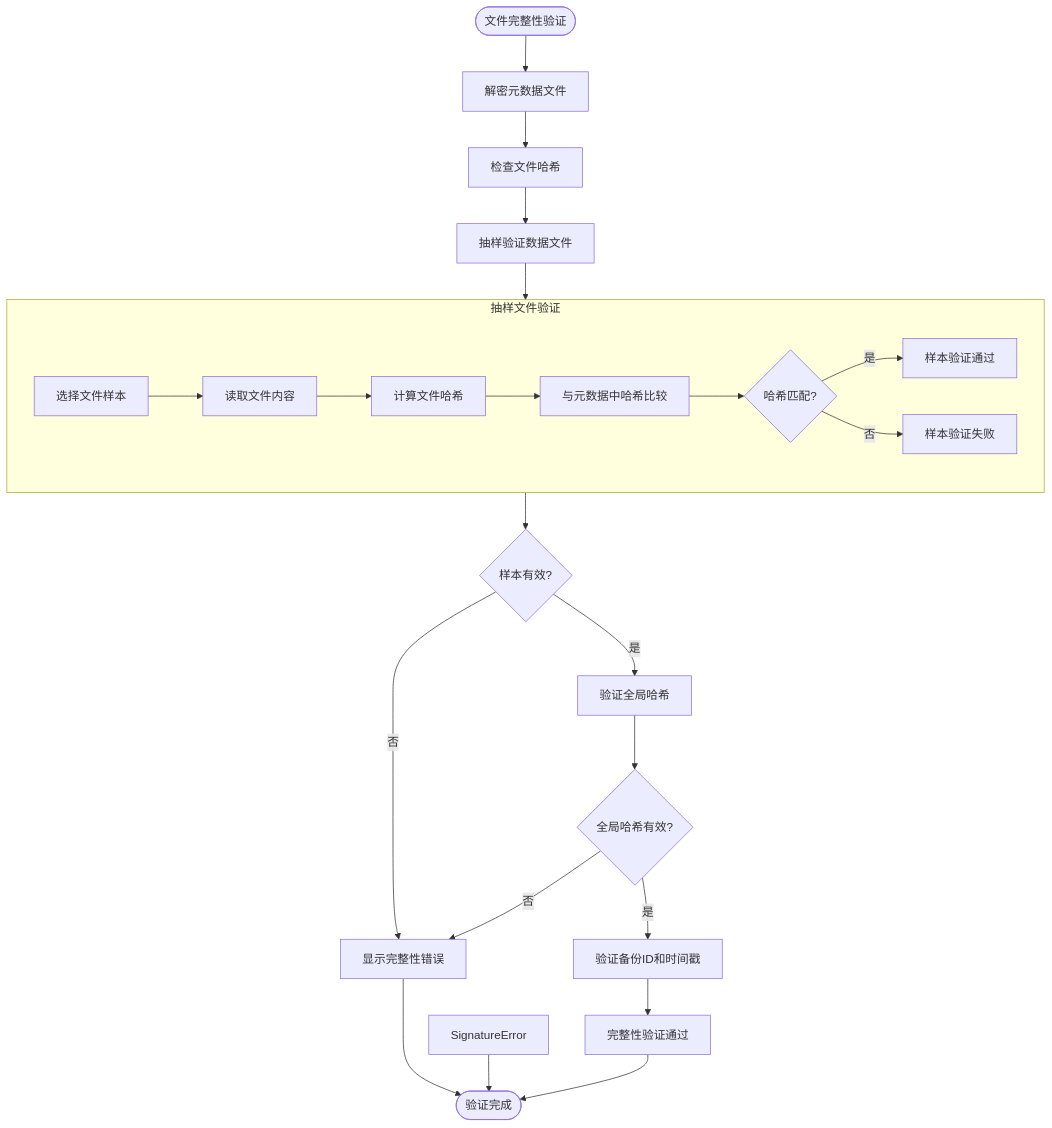
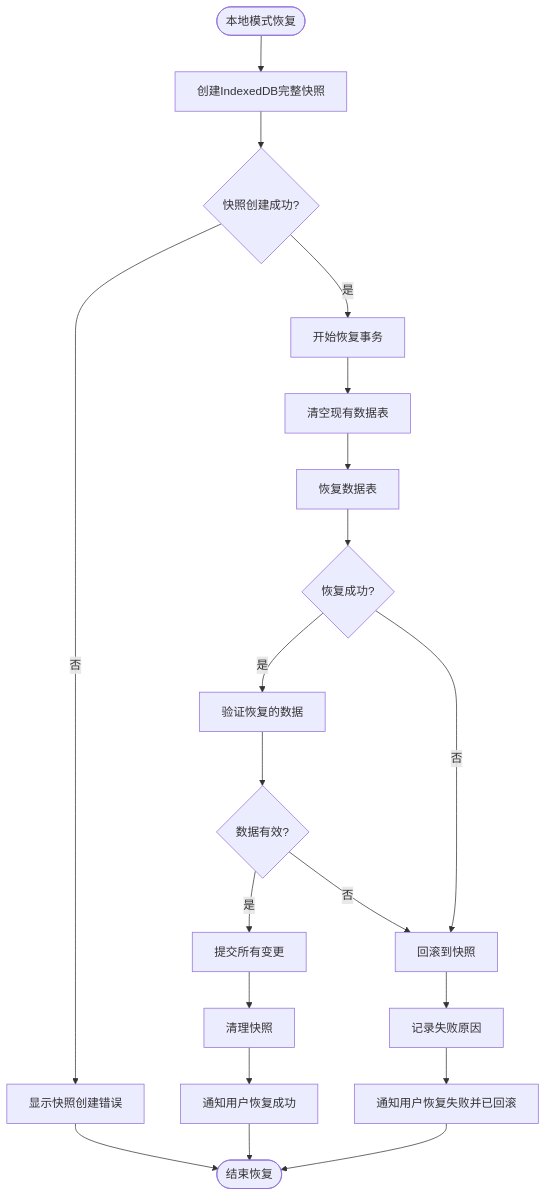
The diagram in all/未命名-53.md (yingjianzh/iodraw-files), drawn with Mermaid before and after one commit.

Commit message:
2025-05-09 17:09:01 update

````diff
--- a/all/未命名-53.md
+++ b/all/未命名-53.md
@@ -1,32 +1,29 @@
 ```mermaid
 flowchart TD
-    Start([文件完整性验证]) --> DecryptMetadata[解密元数据文件]
-    DecryptMetadata --> CheckFileHashes[检查文件哈希]
+    Start([本地模式恢复]) --> CreateSnapshot[创建IndexedDB完整快照]
+    CreateSnapshot --> SnapshotCreated{快照创建成功?}
     
-    CheckFileHashes --> SampleDataFiles[抽样验证数据文件]
+    SnapshotCreated -->|否| ShowSnapshotError[显示快照创建错误]
+    SnapshotCreated -->|是| BeginTransaction[开始恢复事务]
     
-    subgraph SampleValidation [抽样文件验证]
-        SV1[选择文件样本] --> SV2[读取文件内容]
-        SV2 --> SV3[计算文件哈希]
-        SV3 --> SV4[与元数据中哈希比较]
-        SV4 --> SV5{哈希匹配?}
-        SV5 -->|是| SV6[样本验证通过]
-        SV5 -->|否| SV7[样本验证失败]
-    end
+    BeginTransaction --> ClearExistingData[清空现有数据表]
+    ClearExistingData --> RestoreDataTables[恢复数据表]
     
-    SampleDataFiles --> SampleValidation
+    RestoreDataTables --> Success{恢复成功?}
+    Success -->|是| VerifyRestoredData[验证恢复的数据]
+    Success -->|否| RollbackChanges[回滚到快照]
     
-    SampleValidation --> SamplesValid{样本有效?}
-    SamplesValid -->|否| IntegrityError[显示完整性错误]
-    SamplesValid -->|是| CheckGlobalHash[验证全局哈希]
+    VerifyRestoredData --> DataValid{数据有效?}
+    DataValid -->|是| CommitChanges[提交所有变更]
+    DataValid -->|否| RollbackChanges
     
-    CheckGlobalHash --> GlobalHashValid{全局哈希有效?}
-    GlobalHashValid -->|否| IntegrityError
-    GlobalHashValid -->|是| ValidateBackupID[验证备份ID和时间戳]
+    CommitChanges --> CleanupSnapshot[清理快照]
+    RollbackChanges --> LogFailure[记录失败原因]
     
-    ValidateBackupID --> ValidationComplete[完整性验证通过]
-    ValidationComplete --> End([验证完成])
+    CleanupSnapshot --> NotifySuccess[通知用户恢复成功]
+    LogFailure --> NotifyFailure[通知用户恢复失败并已回滚]
     
-    SignatureError --> End
-    IntegrityError --> End
+    NotifySuccess --> End([结束恢复])
+    NotifyFailure --> End
+    ShowSnapshotError --> End
 ```
````
